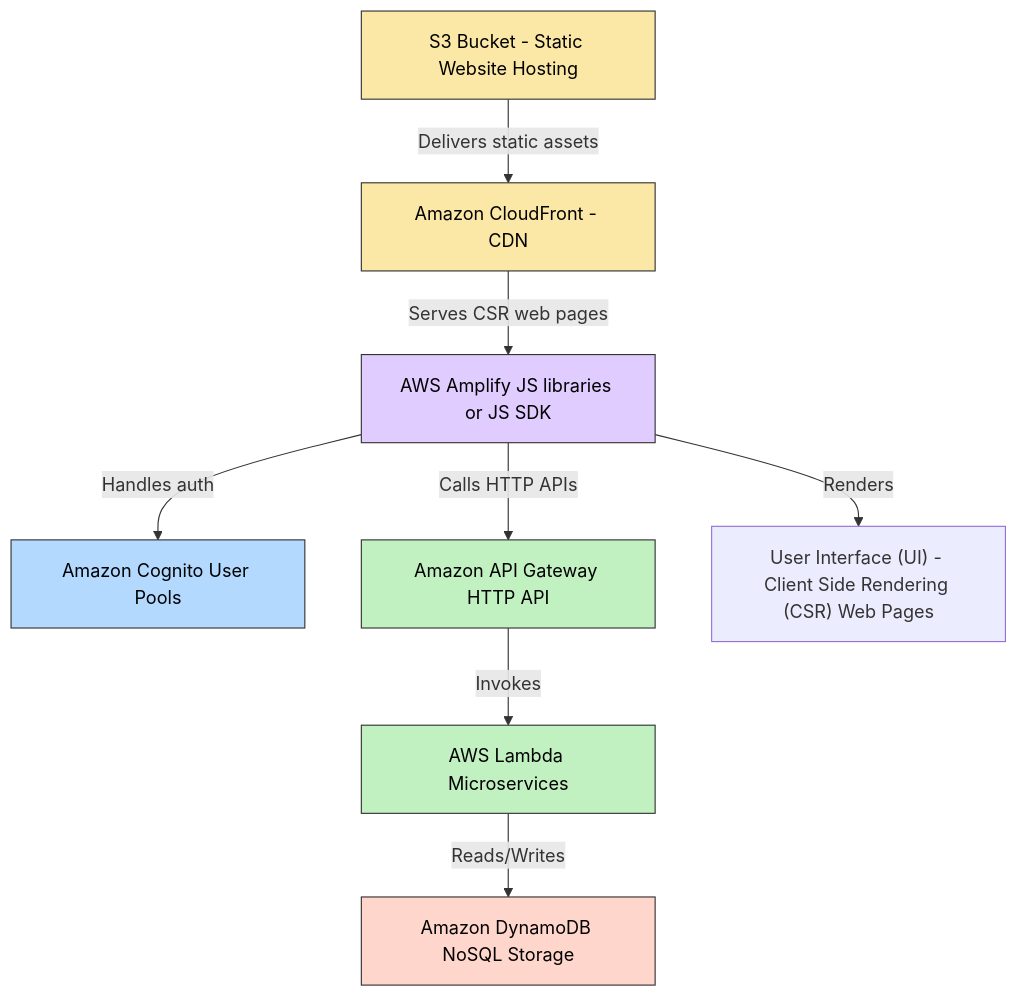
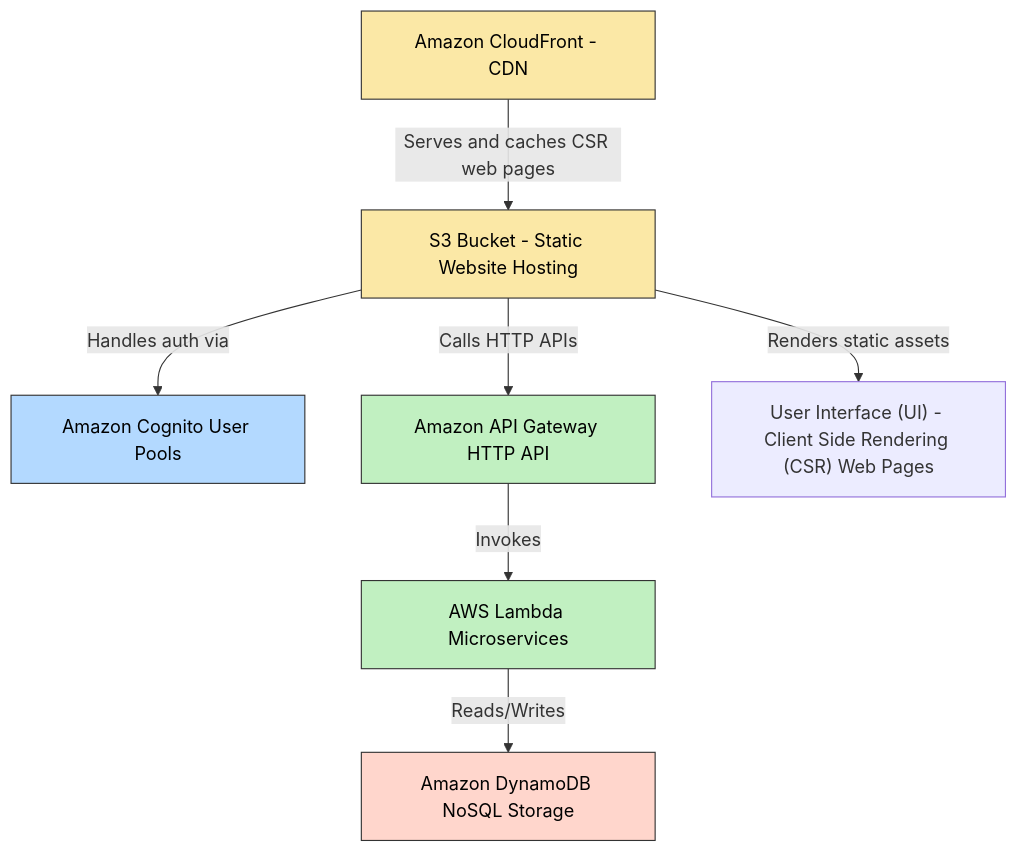
The diagram in Readme.md (lucaminudel/WiseWords), drawn with Mermaid before and after one commit.

Commit message:
Beta: Readme, update system design diagram

````diff
--- a/Readme.md
+++ b/Readme.md
@@ -61,39 +61,38 @@
 ```mermaid
 %% Final Styled Serverless Architecture Diagram
 
 graph TD
     %% Class Definitions first
     classDef frontend fill:#fbe8a6,stroke:#333,stroke-width:1px,color:#000000;
     classDef auth fill:#b3d9ff,stroke:#333,stroke-width:1px,color:#000000;
     classDef api fill:#c1f0c1,stroke:#333,stroke-width:1px,color:#000000;
     classDef db fill:#ffd6cc,stroke:#333,stroke-width:1px,color:#000000;
     classDef sdk fill:#e0ccff,stroke:#333,stroke-width:1px,color:#000000;
 
     %% Nodes (square brackets) with simplified labels (no parentheses)
     S3[S3 Bucket - Static Website Hosting]
     CloudFront[Amazon CloudFront - CDN]
     Cognito[Amazon Cognito User Pools]
     APIGateway[Amazon API Gateway HTTP API]
     Lambda[AWS Lambda Microservices]
     DynamoDB[Amazon DynamoDB NoSQL Storage]
-    Amplify[AWS Amplify JS libraries or JS SDK]
     UI["User Interface (UI) - Client Side Rendering (CSR) Web Pages"]
     
 
     %% Connections with labels
-    S3 -->|Delivers static assets| CloudFront
-    CloudFront -->|Serves CSR web pages| Amplify
-    Amplify -->|Handles auth| Cognito
-    Amplify -->|Calls HTTP APIs| APIGateway
-    Amplify -->|Renders| UI
+    CloudFront -->|Serves and caches CSR web pages| S3
+    S3 -->|Handles auth via| Cognito
+    S3 -->|Calls HTTP APIs| APIGateway
+    S3 -->|Renders static assets| UI
     APIGateway -->|Invokes| Lambda
     Lambda -->|Reads/Writes| DynamoDB
 
     %% Assign classes to nodes
-    class S3,CloudFront frontend;
+    class CloudFront frontend;
+    class S3 frontend;
     class Cognito auth;
-    class APIGateway,Lambda api;
+    class APIGateway api;
+    class Lambda api;
     class DynamoDB db;
-    class Amplify sdk;
-
+    class frontend2 sdk;
 ```
````
